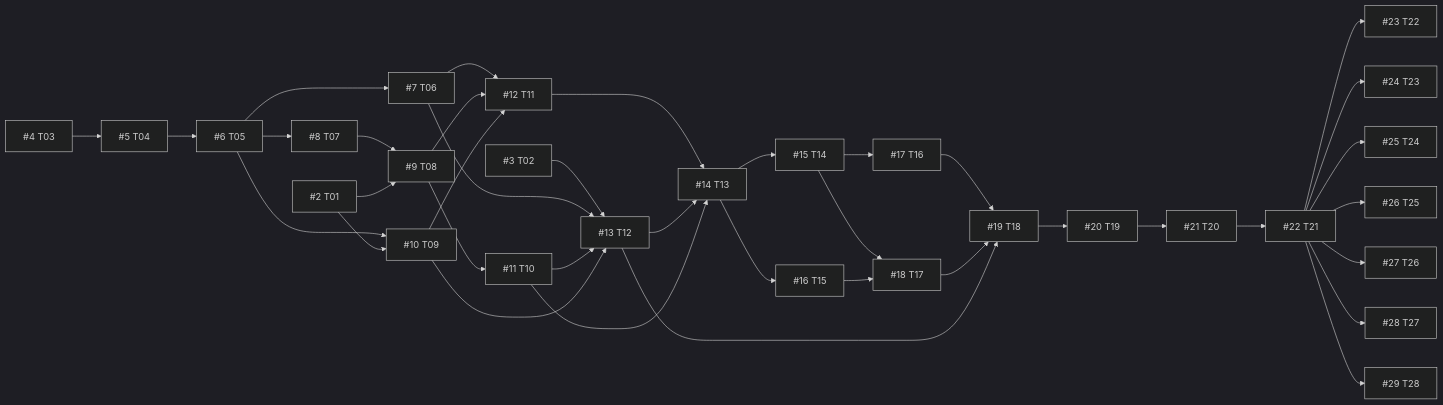
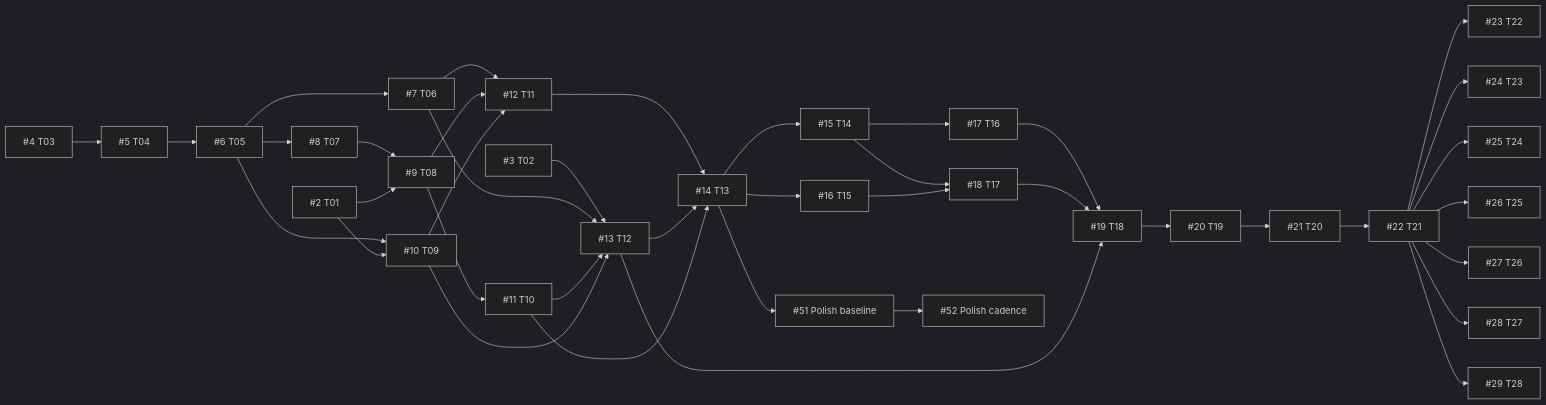
One commit to hoangnb24/learn-spine changed the diagram in docs/product/execution-plan.md. Above: the diagram before and after it, drawn with Mermaid (dark theme). The commit also changed other lines of this file and 6 other files, not shown here.

Commit message:
docs: reconcile accepted Gate 1 and defer cadence work to Polish

````diff
--- a/docs/product/execution-plan.md
+++ b/docs/product/execution-plan.md
@@ -58,68 +64,70 @@
 ```mermaid
 flowchart LR
     T01["#2 T01"]
     T02["#3 T02"]
     T03["#4 T03"]
     T04["#5 T04"]
     T05["#6 T05"]
     T06["#7 T06"]
     T07["#8 T07"]
     T08["#9 T08"]
     T09["#10 T09"]
     T10["#11 T10"]
     T11["#12 T11"]
     T12["#13 T12"]
     T13["#14 T13"]
     T14["#15 T14"]
     T15["#16 T15"]
     T16["#17 T16"]
     T17["#18 T17"]
     T18["#19 T18"]
     T19["#20 T19"]
     T20["#21 T20"]
     T21["#22 T21"]
     T22["#23 T22"]
     T23["#24 T23"]
     T24["#25 T24"]
     T25["#26 T25"]
     T26["#27 T26"]
     T27["#28 T27"]
     T28["#29 T28"]
     T03 --> T04
     T04 --> T05
     T05 --> T06
     T05 --> T07
     T07 --> T08
     T01 --> T08
     T05 --> T09
     T01 --> T09
     T08 --> T10
     T06 --> T11
     T08 --> T11
     T09 --> T11
     T02 --> T12
     T06 --> T12
     T10 --> T12
     T09 --> T12
     T11 --> T13
     T12 --> T13
     T10 --> T13
+    T13 --> T29["#51 Polish baseline"]
+    T29 --> T30["#52 Polish cadence"]
     T13 --> T14
     T13 --> T15
     T14 --> T16
     T14 --> T17
     T15 --> T17
     T16 --> T18
     T17 --> T18
     T12 --> T18
     T18 --> T19
     T19 --> T20
     T20 --> T21
     T21 --> T22
     T21 --> T23
     T21 --> T24
     T21 --> T25
     T21 --> T26
     T21 --> T27
     T21 --> T28
 ```
````
